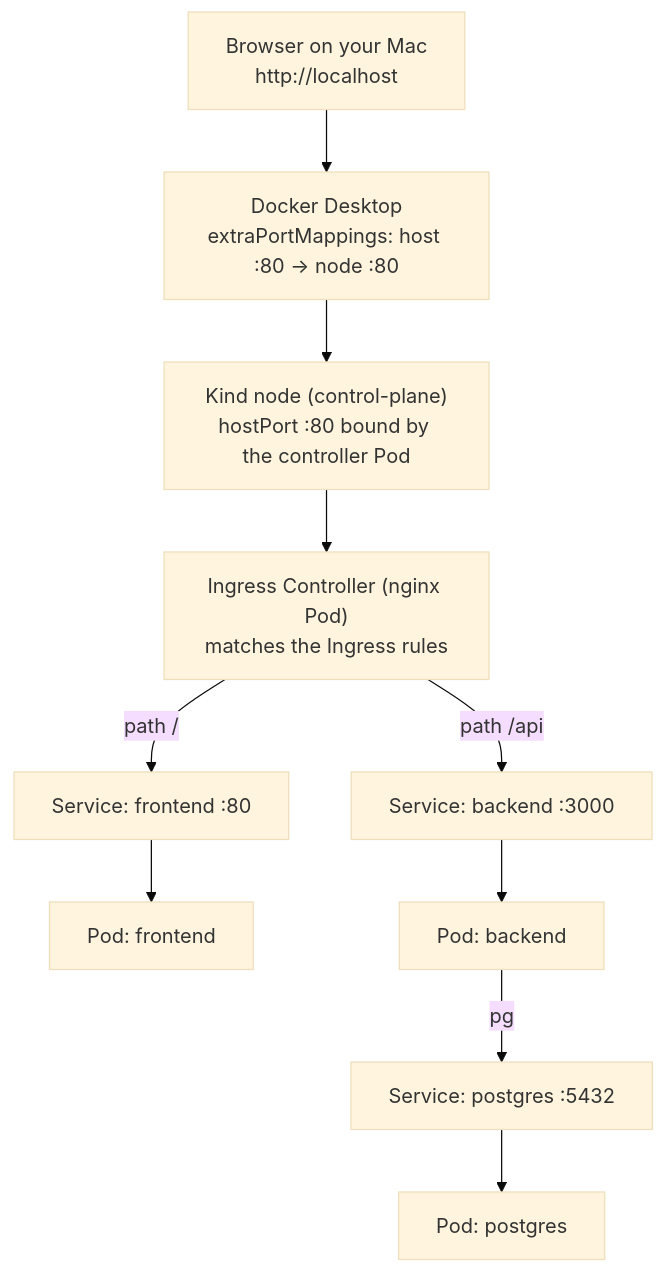
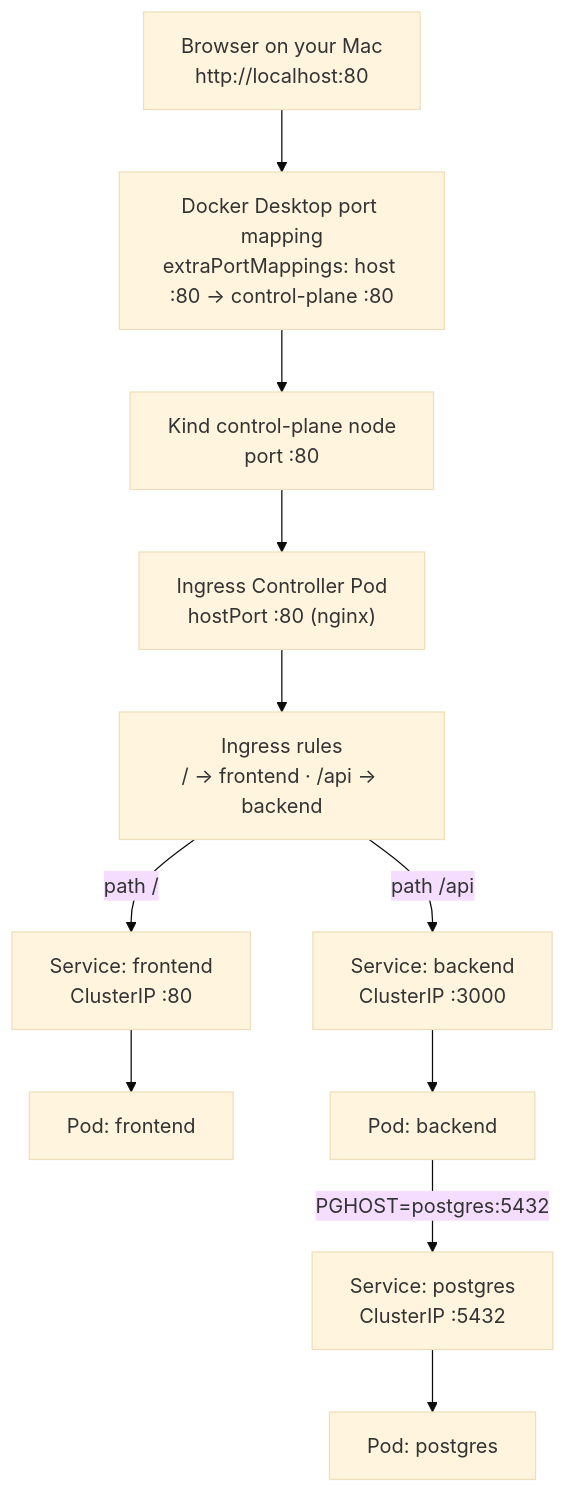
The first of 3 diagrams in basics/webapp-ingress/WITHOUT-LOADBALANCER.md (24thAbhinav/K8s), drawn with Mermaid (base theme) before and after one commit. The commit also changed other lines of this file and 1 other file, not shown here.

Commit message:
docs: correct and clarify Ingress networking in webapp-ingress docs

````diff
--- a/basics/webapp-ingress/WITHOUT-LOADBALANCER.md
+++ b/basics/webapp-ingress/WITHOUT-LOADBALANCER.md
@@ -7,18 +9,19 @@
 ```mermaid
 flowchart TD
-  A["Browser on your Mac<br/>http://localhost"]
-  B["Docker Desktop<br/>extraPortMappings: host :80 → node :80"]
-  C["Kind node (control-plane)<br/>hostPort :80 bound by the controller Pod"]
-  D["Ingress Controller (nginx Pod)<br/>matches the Ingress rules"]
-  E1["Service: frontend :80"]
-  E2["Service: backend :3000"]
-  F1["Pod: frontend"]
-  F2["Pod: backend"]
-  G["Service: postgres :5432"]
-  H["Pod: postgres"]
+  A["Browser on your Mac<br/>http://localhost:80"]
+  B["Docker Desktop port mapping<br/>extraPortMappings: host :80 → control-plane :80"]
+  C["Kind control-plane node<br/>port :80"]
+  D["Ingress Controller Pod<br/>hostPort :80 (nginx)"]
+  R["Ingress rules<br/>/ → frontend · /api → backend"]
+  FS["Service: frontend<br/>ClusterIP :80"]
+  BS["Service: backend<br/>ClusterIP :3000"]
+  FP["Pod: frontend"]
+  BP["Pod: backend"]
+  PS["Service: postgres<br/>ClusterIP :5432"]
+  PP["Pod: postgres"]
 
-  A --> B --> C --> D
-  D -->|"path /"| E1 --> F1
-  D -->|"path /api"| E2 --> F2
-  F2 -->|"pg"| G --> H
+  A --> B --> C --> D --> R
+  R -->|"path /"| FS --> FP
+  R -->|"path /api"| BS --> BP
+  BP -->|"PGHOST=postgres:5432"| PS --> PP
 ```
````
